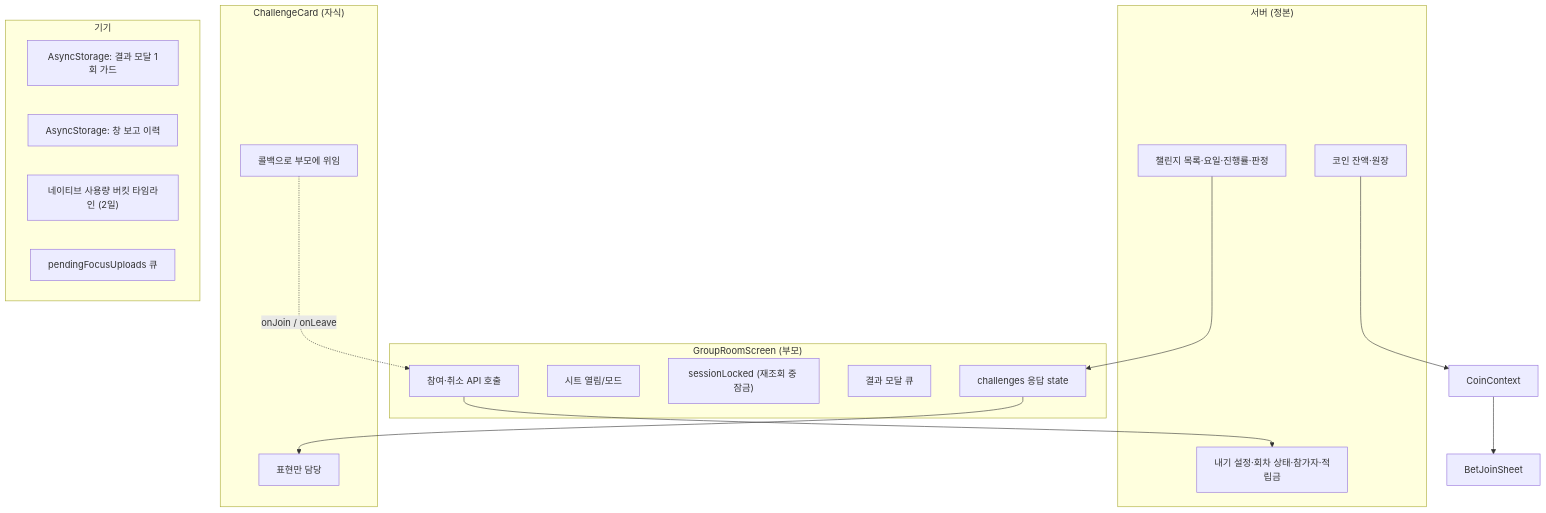
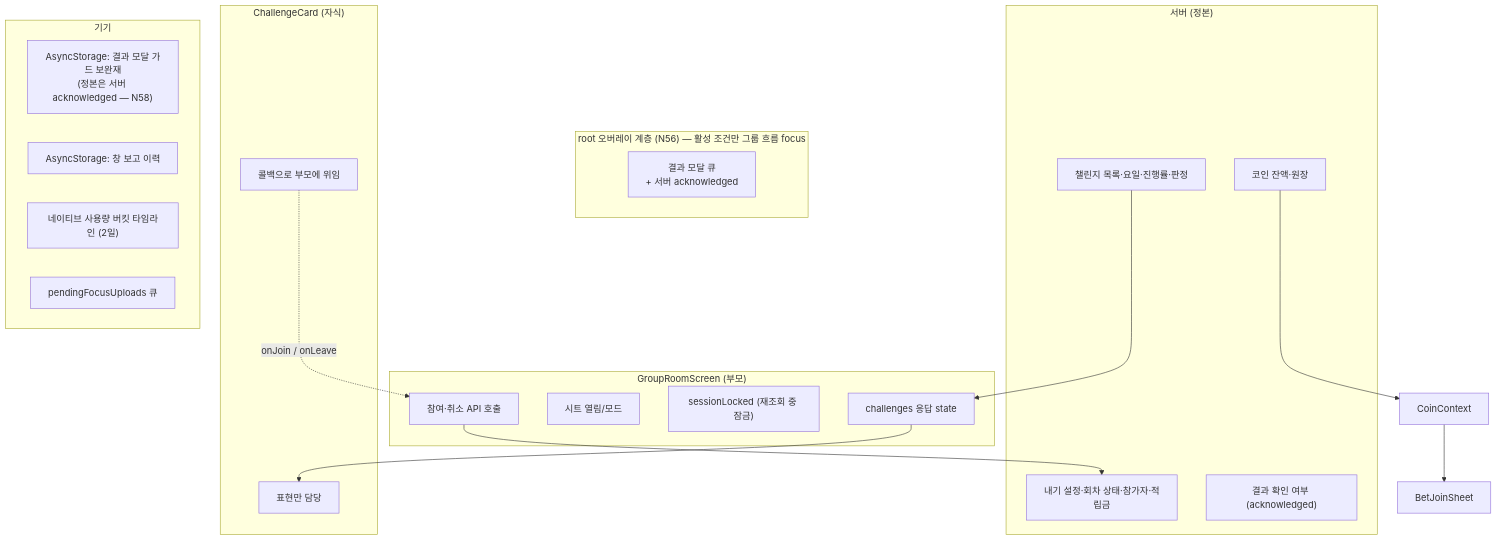
Before and after one commit to OneOrThree/phone: diagram 11 of 11 in docs/prd/challenge/information-architecture.md, drawn with Mermaid. The commit also changed other lines of this file and 8 other files, not shown here.

````diff
--- a/docs/prd/challenge/information-architecture.md
+++ b/docs/prd/challenge/information-architecture.md
@@ -593,30 +770,33 @@
 ```mermaid
 flowchart TB
     subgraph server["서버 (정본)"]
         SV1["챌린지 목록·요일·진행률·판정"]
         SV2["내기 설정·회차 상태·참가자·적립금"]
         SV3["코인 잔액·원장"]
+        SV4["결과 확인 여부 (acknowledged)"]
     end
     subgraph parent["GroupRoomScreen (부모)"]
         P1["challenges 응답 state"]
         P2["시트 열림/모드"]
         P3["sessionLocked (재조회 중 잠금)"]
-        P4["결과 모달 큐"]
         P5["참여·취소 API 호출"]
+    end
+    subgraph shell["root 오버레이 계층 (N56) — 활성 조건만 그룹 흐름 focus"]
+        P4["결과 모달 큐<br/>+ 서버 acknowledged"]
     end
     subgraph card["ChallengeCard (자식)"]
         K1["표현만 담당"]
         K2["콜백으로 부모에 위임"]
     end
     subgraph device["기기"]
-        D1["AsyncStorage: 결과 모달 1회 가드"]
+        D1["AsyncStorage: 결과 모달 가드 보완재<br/>(정본은 서버 acknowledged — N58)"]
         D2["AsyncStorage: 창 보고 이력"]
         D3["네이티브 사용량 버킷 타임라인 (2일)"]
         D4["pendingFocusUploads 큐"]
     end
 
     SV1 --> P1 --> K1
     K2 -.->|"onJoin / onLeave"| P5
     P5 --> SV2
     SV3 --> CC["CoinContext"] --> SH["BetJoinSheet"]
 ```
````
